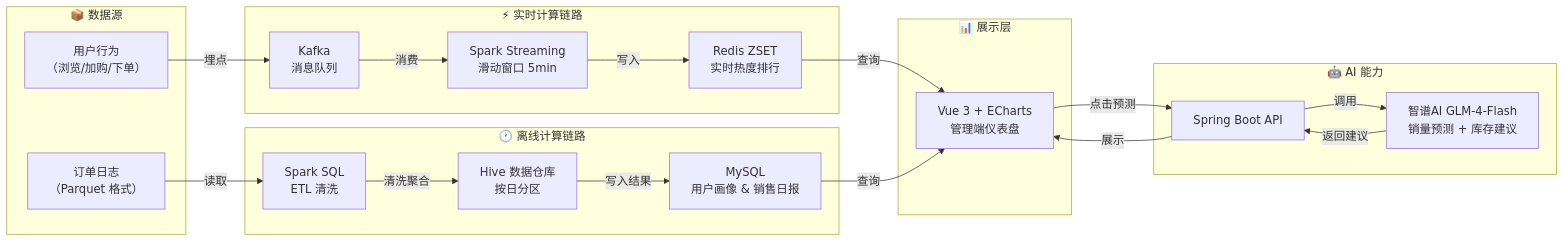
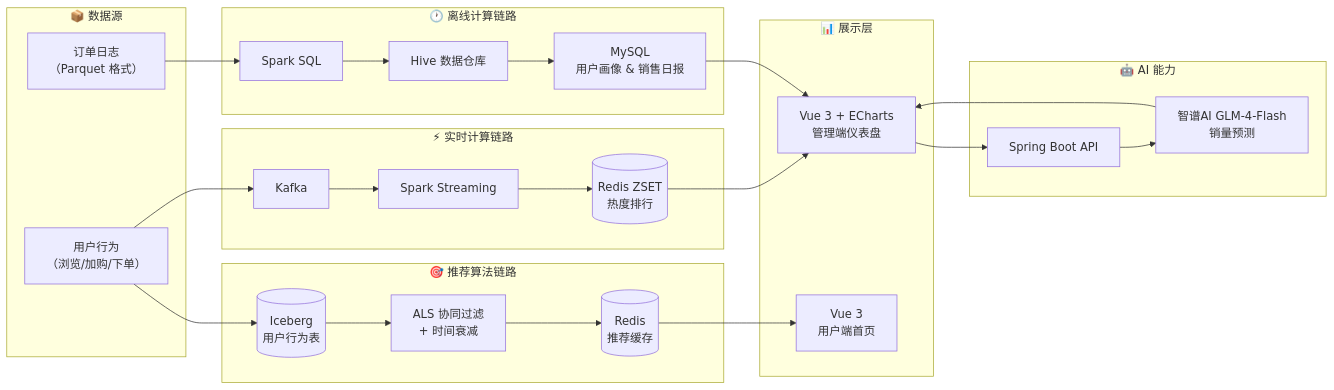
One commit to sunkuizhi/LakeMart changed the first of 2 diagrams in README.md. Above: the diagram before and after it, drawn with Mermaid. The commit also changed other lines of this file and 6 other files, not shown here.

````diff
--- a/README.md
+++ b/README.md
@@ -40,43 +43,54 @@
 ```mermaid
 flowchart LR
     subgraph 数据源["📦 数据源"]
         User["用户行为<br/>（浏览/加购/下单）"]
         Order["订单日志<br/>（Parquet 格式）"]
     end
 
+    subgraph 推荐链路["🎯 推荐算法链路"]
+        Iceberg[(Iceberg<br/>用户行为表)]
+        ALS["ALS 协同过滤<br/>+ 时间衰减"]
+        Redis_Rec[(Redis<br/>推荐缓存)]
+    end
+
     subgraph 实时链路["⚡ 实时计算链路"]
-        Kafka["Kafka<br/>消息队列"]
-        SS["Spark Streaming<br/>滑动窗口 5min"]
-        Redis["Redis ZSET<br/>实时热度排行"]
+        Kafka["Kafka"]
+        SS["Spark Streaming"]
+        Redis_Hot[(Redis ZSET<br/>热度排行)]
     end
 
     subgraph 离线链路["🕐 离线计算链路"]
-        SparkSQL["Spark SQL<br/>ETL 清洗"]
-        Hive["Hive 数据仓库<br/>按日分区"]
+        SparkSQL["Spark SQL"]
+        Hive["Hive 数据仓库"]
         MySQL_Profile["MySQL<br/>用户画像 & 销售日报"]
     end
 
     subgraph AI["🤖 AI 能力"]
         API["Spring Boot API"]
-        Zhipu["智谱AI GLM-4-Flash<br/>销量预测 + 库存建议"]
+        Zhipu["智谱AI GLM-4-Flash<br/>销量预测"]
     end
 
     subgraph 展示["📊 展示层"]
         Dashboard["Vue 3 + ECharts<br/>管理端仪表盘"]
+        Client["Vue 3<br/>用户端首页"]
     end
 
-    User -->|"埋点"| Kafka
-    Kafka -->|"消费"| SS
-    SS -->|"写入"| Redis
-    Redis -->|"查询"| Dashboard
+    User --> Kafka
+    Kafka --> SS
+    SS --> Redis_Hot
+    Redis_Hot --> Dashboard
 
-    Order -->|"读取"| SparkSQL
-    SparkSQL -->|"清洗聚合"| Hive
-    Hive -->|"写入结果"| MySQL_Profile
-    MySQL_Profile -->|"查询"| Dashboard
+    User --> Iceberg
+    Iceberg --> ALS
+    ALS --> Redis_Rec
+    Redis_Rec --> Client
 
-    Dashboard -->|"点击预测"| API
-    API -->|"调用"| Zhipu
-    Zhipu -->|"返回建议"| API
-    API -->|"展示"| Dashboard
+    Order --> SparkSQL
+    SparkSQL --> Hive
+    Hive --> MySQL_Profile
+    MySQL_Profile --> Dashboard
+
+    Dashboard --> API
+    API --> Zhipu
+    Zhipu --> Dashboard
 ```
````
